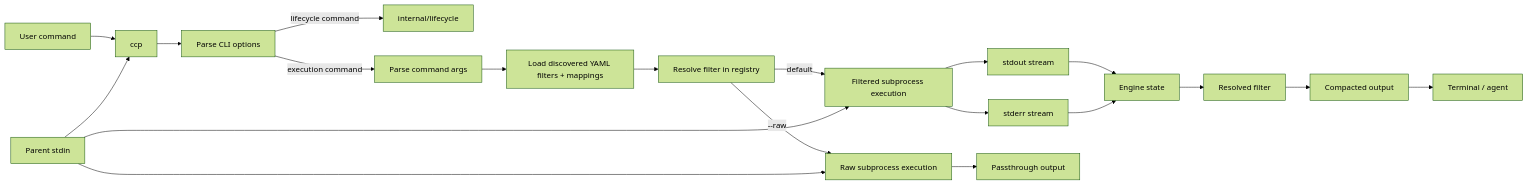
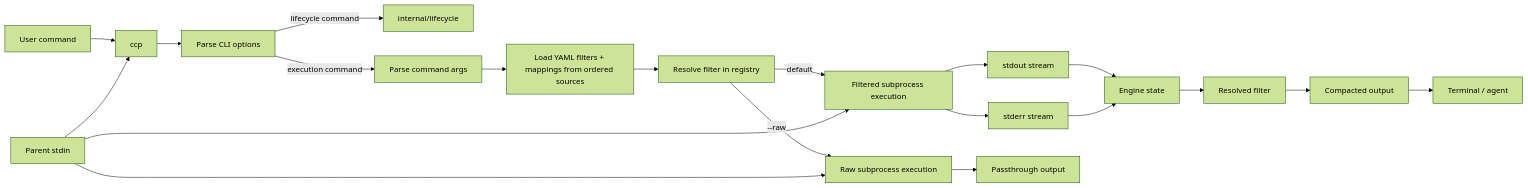
One commit to SuppieRK/ccp changed the diagram in ARCHITECTURE.md. Above: the diagram before and after it, drawn with Mermaid (forest theme). The commit also changed other lines of this file and 298 other files, not shown here.

````diff
--- a/ARCHITECTURE.md
+++ b/ARCHITECTURE.md
@@ -32,22 +32,22 @@
 ```mermaid
 flowchart LR
     U[User command] --> C[ccp]
     IN[Parent stdin] --> C
     C --> O[Parse CLI options]
     O -->|lifecycle command| L[internal/lifecycle]
     O -->|execution command| P[Parse command args]
-    P --> D[Load discovered YAML filters + mappings]
+    P --> D[Load YAML filters + mappings from ordered sources]
     D --> R[Resolve filter in registry]
     R -->|--raw| X0[Raw subprocess execution]
     R -->|default| X1[Filtered subprocess execution]
     IN --> X0
     IN --> X1
     X1 --> S1[stdout stream]
     X1 --> S2[stderr stream]
     S1 --> E[Engine state]
     S2 --> E
     E --> F[Resolved filter]
     F --> OUT[Compacted output]
     OUT --> T[Terminal / agent]
     X0 --> TR[Passthrough output]
 ```
````
